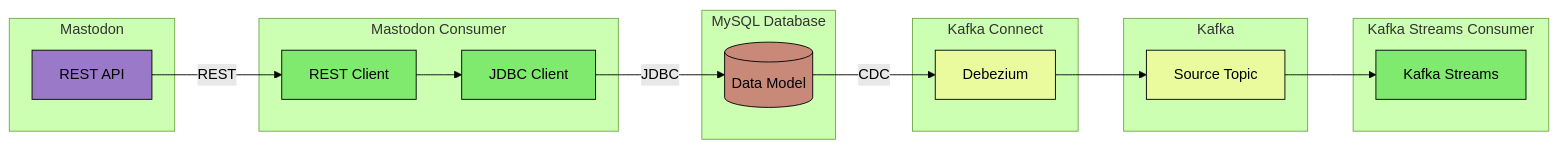
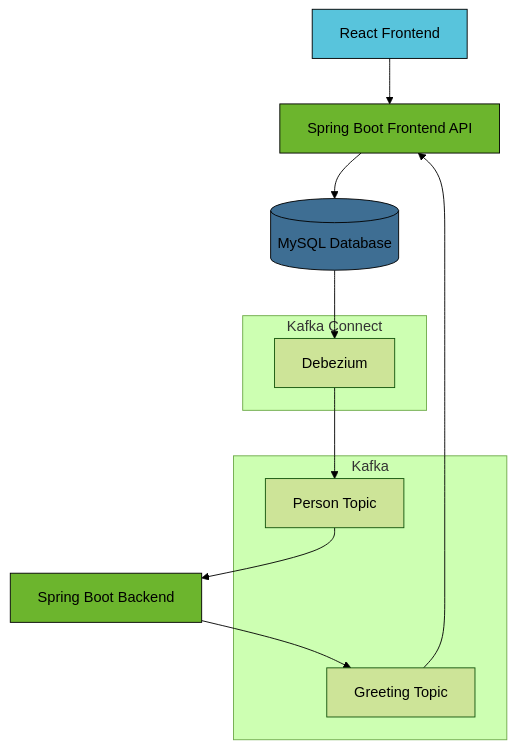
The diagram in spring-boot-kafka-cdc/README.md (onlyteo/spring-boot-sandbox), drawn with Mermaid (forest theme) before and after one commit. The commit also changed other lines of this file and 57 other files, not shown here.

````diff
--- a/spring-boot-kafka-cdc/README.md
+++ b/spring-boot-kafka-cdc/README.md
@@ -9,32 +9,26 @@
 ```mermaid
-graph LR
-    subgraph Mastodon
-        A[REST API]
-    end
-    subgraph Mastodon Consumer
-        B1[REST Client] --> B2[JDBC Client]
-    end
-    subgraph MySQL Database
-        C[(Data Model)]
+graph TD
+    A[React Frontend]:::react
+    B[Spring Boot Frontend API]:::spring
+    C[Spring Boot Backend]:::spring
+    D[(MySQL Database)]:::mysql
+    subgraph Kafka
+        E[Person Topic]
+        F[Greeting Topic]
     end
     subgraph Kafka Connect
-        D[Debezium]
+        G[Debezium]
     end
-    subgraph Kafka
-        E[Source Topic]
-    end
-    subgraph Kafka Streams Consumer
-        F[Kafka Streams]
-    end
-
-    A:::mastodon -- REST --> B1:::spring
-    B2:::spring -- JDBC --> C:::database
-    C -- CDC --> D:::kafka
-    D --> E:::kafka
-    E --> F:::spring
-
-    classDef mastodon fill:#9a79c9,stroke:#000000,color:#000000
-    classDef spring fill:#80ea6e,stroke:#000000,color:#000000
-    classDef database fill:#c98979,stroke:#000000,color:#000000
-    classDef kafka fill:#eafb9e,stroke:#000000,color:#000000
+    
+    A --> B
+    B --> D
+    E --> C
+    C --> F
+    F --> B
+    D --> G
+    G --> E
+    
+    classDef react fill: #58c4dc, stroke: #000000, color: #000000
+    classDef spring fill: #6cb52d, stroke: #000000, color: #000000
+    classDef mysql fill: #3E6E93, stroke: #000000, color: #000000
 ```
````
